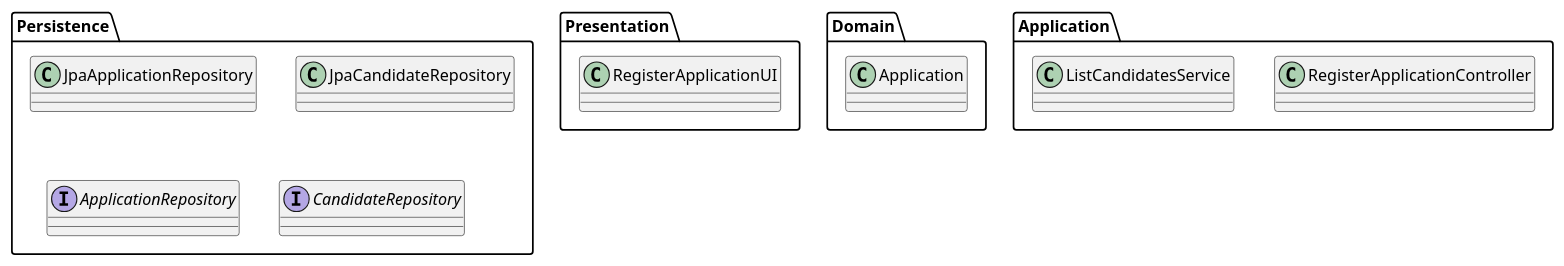
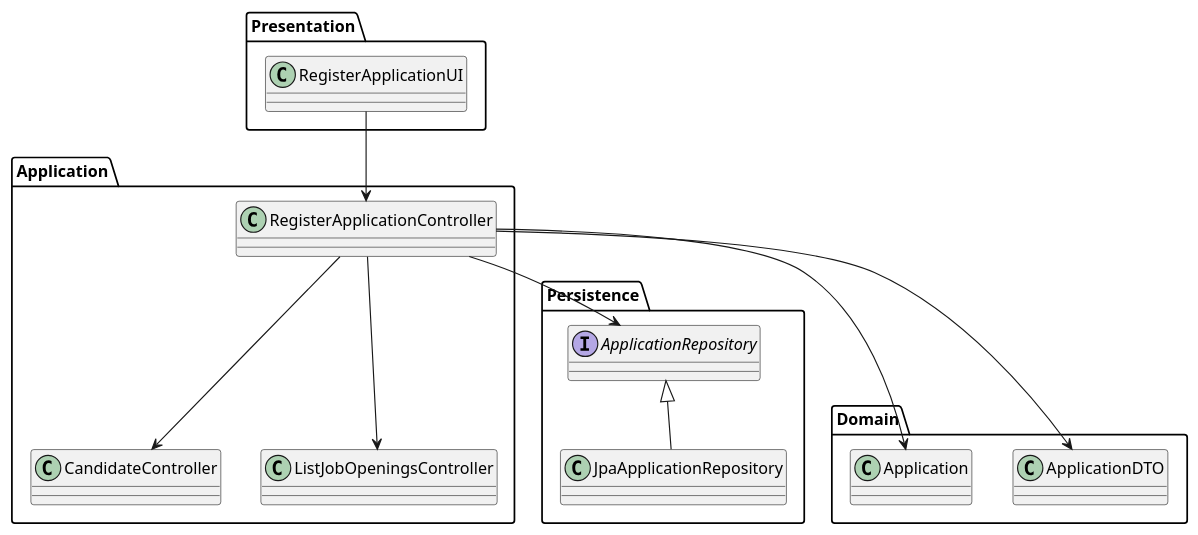
The diagram in docs/Sprint B/us_2002/class-diagram-01.puml (Goncalves2525/Jobs4U-Talent-Acquisition-Management-System), drawn with PlantUML before and after one commit. The commit also changed 9 other files, not shown here.

Commit message:
Amended documentations and auxiliary items (images, diagrams and tests) for US 2002 #23

```diff
--- a/docs/Sprint B/us_2002/class-diagram-01.puml
+++ b/docs/Sprint B/us_2002/class-diagram-01.puml
@@ -1,27 +1,30 @@
 @startuml
 
 package Presentation {
     class RegisterApplicationUI
 }
 
 package Domain {
     class Application
 }
 
 package Persistence {
     class JpaApplicationRepository
-    class JpaCandidateRepository
     interface ApplicationRepository
-    interface CandidateRepository
 }
 
 package Application {
     class RegisterApplicationController
-    class ListCandidatesService
+    class CandidateController
+    class ListJobOpeningsController
 }
 
-
-'TODO
-
+Presentation.RegisterApplicationUI --> Application.RegisterApplicationController
+Application.RegisterApplicationController --> Persistence.ApplicationRepository
+Persistence.ApplicationRepository <|-- Persistence.JpaApplicationRepository
+Application.RegisterApplicationController ---> Domain.Application
+Application.RegisterApplicationController ---> Domain.ApplicationDTO
+Application.RegisterApplicationController ---> Application.CandidateController
+Application.RegisterApplicationController ---> Application.ListJobOpeningsController
 
 @enduml
```
